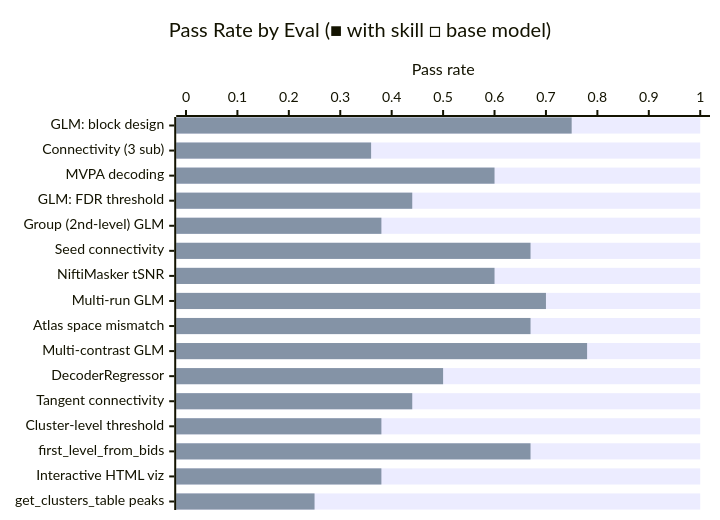
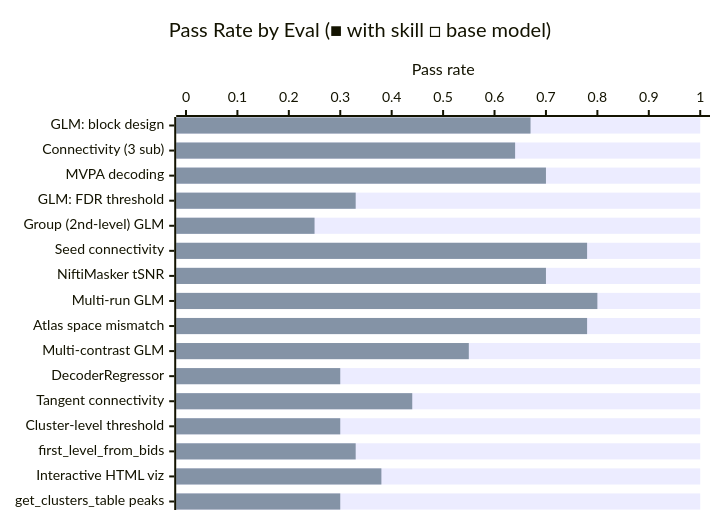
One commit to JacobElder/jakes-skills changed the diagram in nilearn-fmri/README.md. Above: the diagram before and after it, drawn with Mermaid. The commit also changed other lines of this file and 4 other files, not shown here.

````diff
--- a/nilearn-fmri/README.md
+++ b/nilearn-fmri/README.md
@@ -104,8 +104,8 @@
 ```mermaid
 xychart-beta horizontal
     title "Pass Rate by Eval (■ with skill  □ base model)"
     x-axis ["GLM: block design", "Connectivity (3 sub)", "MVPA decoding", "GLM: FDR threshold", "Group (2nd-level) GLM", "Seed connectivity", "NiftiMasker tSNR", "Multi-run GLM", "Atlas space mismatch", "Multi-contrast GLM", "DecoderRegressor", "Tangent connectivity", "Cluster-level threshold", "first_level_from_bids", "Interactive HTML viz", "get_clusters_table peaks"]
     y-axis "Pass rate" 0 --> 1
     bar [1.0, 1.0, 1.0, 1.0, 1.0, 1.0, 1.0, 1.0, 1.0, 1.0, 1.0, 1.0, 1.0, 1.0, 1.0, 1.0]
-    bar [0.75, 0.36, 0.60, 0.44, 0.38, 0.67, 0.60, 0.70, 0.67, 0.78, 0.50, 0.44, 0.38, 0.67, 0.38, 0.25]
+    bar [0.67, 0.64, 0.70, 0.33, 0.25, 0.78, 0.70, 0.80, 0.78, 0.55, 0.30, 0.44, 0.30, 0.33, 0.38, 0.30]
 ```
````
